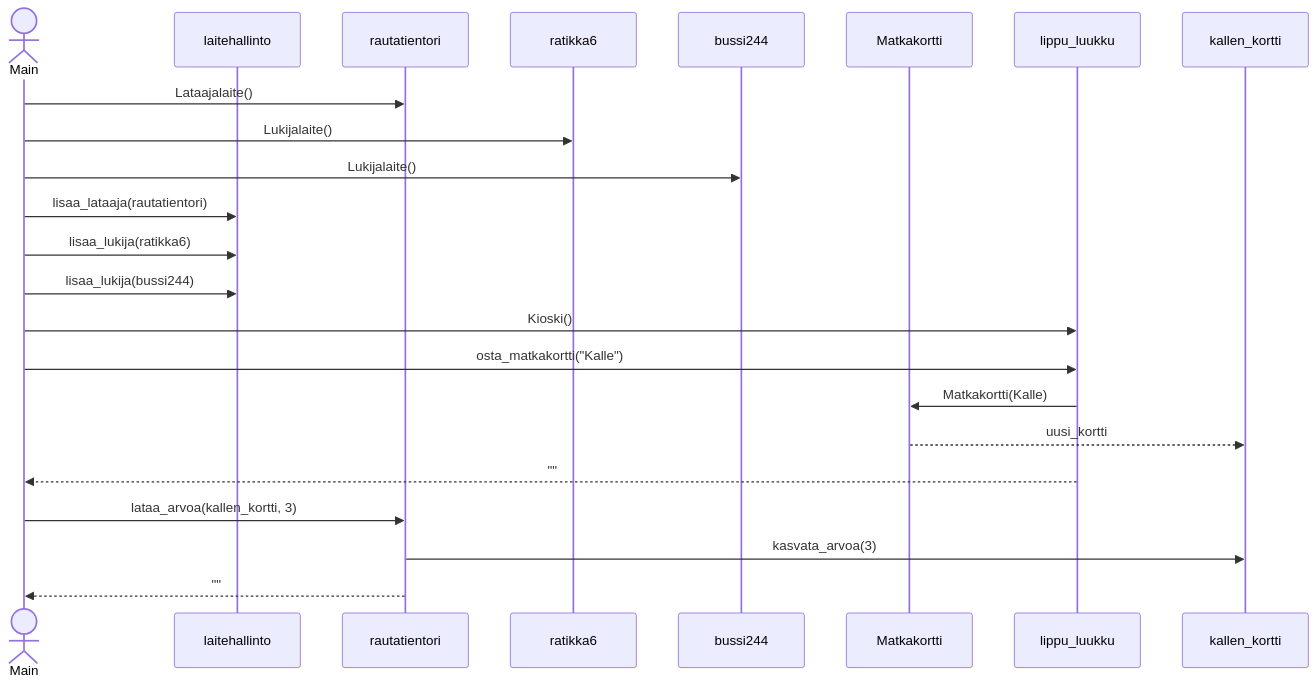
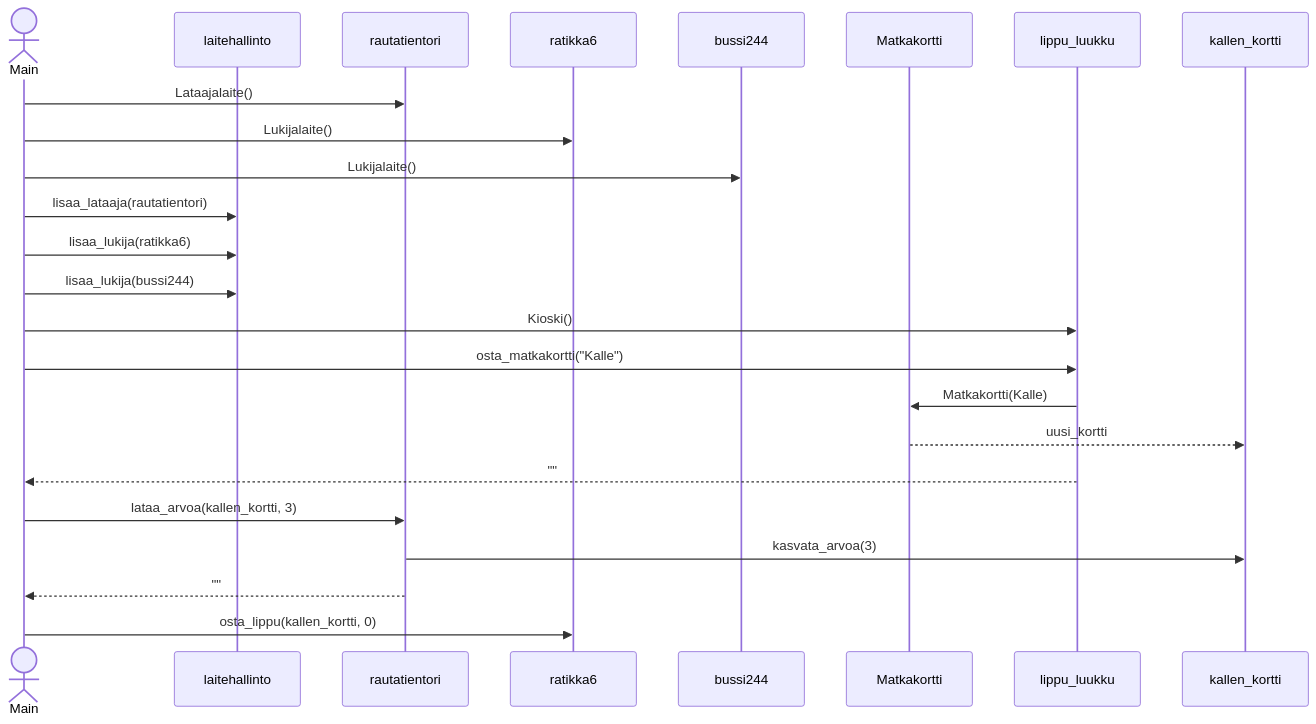
Before and after one commit to Germuu/ot-harjoitusty-: the diagram in laskarit/viikko3/sekvenssikaavio.md, drawn with Mermaid.

````diff
--- a/laskarit/viikko3/sekvenssikaavio.md
+++ b/laskarit/viikko3/sekvenssikaavio.md
@@ -1,34 +1,37 @@
 ```mermaid
 sequenceDiagram
   actor Main
   participant laitehallinto
   participant rautatientori
   participant ratikka6
   participant bussi244
   participant Matkakortti
   
   Main ->> rautatientori : Lataajalaite()
   Main ->> ratikka6: Lukijalaite()
   Main ->> bussi244: Lukijalaite()
 
   Main ->> laitehallinto : lisaa_lataaja(rautatientori)
   Main ->> laitehallinto : lisaa_lukija(ratikka6)
   Main ->> laitehallinto : lisaa_lukija(bussi244)
 
   Main ->> lippu_luukku : Kioski()
   Main ->> lippu_luukku : osta_matkakortti("Kalle")
   lippu_luukku ->> Matkakortti : Matkakortti(Kalle)
   Matkakortti -->> kallen_kortti : uusi_kortti
   lippu_luukku -->> Main : ""
 
   Main ->> rautatientori : lataa_arvoa(kallen_kortti, 3)
   rautatientori ->> kallen_kortti : kasvata_arvoa(3)
   rautatientori -->> Main : ""
+
+  Main ->> ratikka6 : osta_lippu(kallen_kortti, 0)
+  
   
   
 
   
   
 
  
 ```
````
